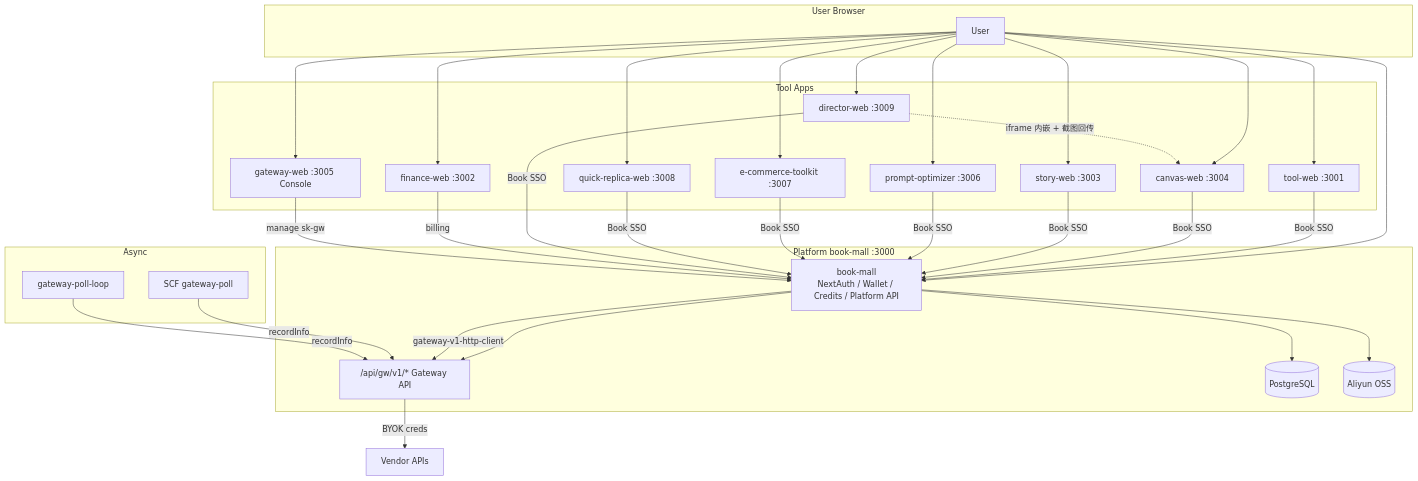
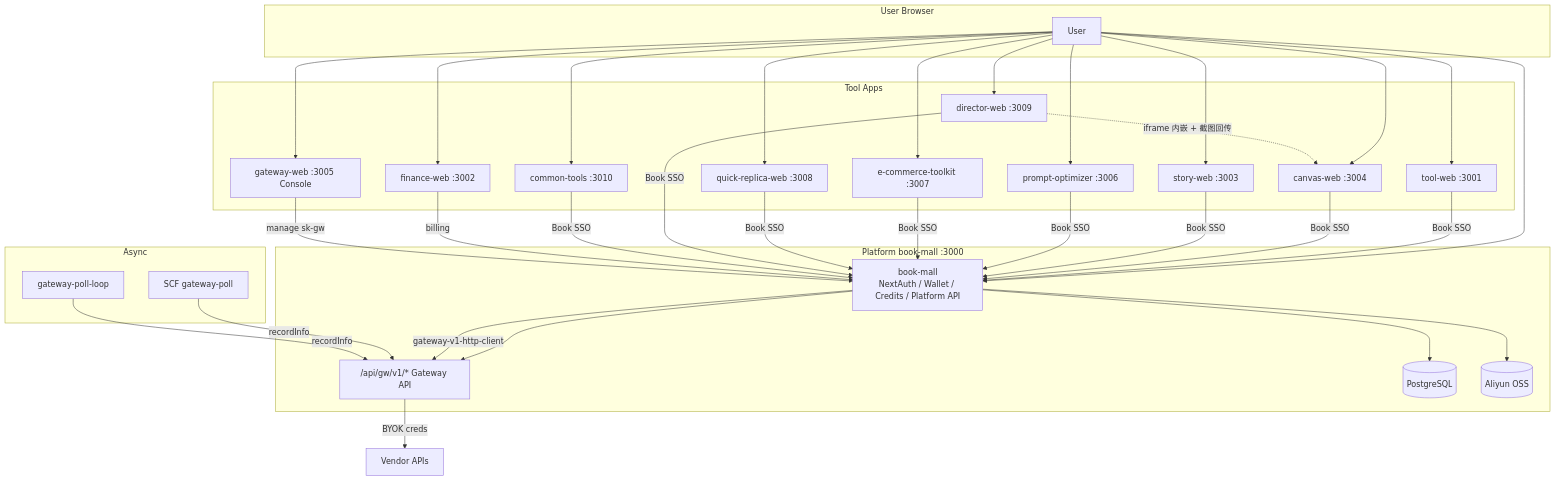
Before and after one commit to priceLiu/book-mall: the first of 2 diagrams in docs/全站架构图与配置表.md, drawn with Mermaid. The commit also changed other lines of this file and 162 other files, not shown here.

````diff
--- a/docs/全站架构图与配置表.md
+++ b/docs/全站架构图与配置表.md
@@ -32,45 +32,46 @@
 ```mermaid
 flowchart TB
   subgraph users ["User Browser"]
     U[User]
   end
 
   subgraph platform ["Platform book-mall :3000"]
     BM["book-mall<br/>NextAuth / Wallet / Credits / Platform API"]
     GWAPI["/api/gw/v1/* Gateway API"]
     DB[(PostgreSQL)]
     OSS[(Aliyun OSS)]
     BM --> GWAPI
     BM --> DB
     BM --> OSS
   end
 
   subgraph tools ["Tool Apps"]
     TW[tool-web :3001]
     FW[finance-web :3002]
     SW[story-web :3003]
     CW[canvas-web :3004]
     GWC[gateway-web :3005 Console]
     PO[prompt-optimizer :3006]
     EC[e-commerce-toolkit :3007]
     QR[quick-replica-web :3008]
     DR[director-web :3009]
+    CT[common-tools :3010]
   end
 
   subgraph bg ["Async"]
     SCF[SCF gateway-poll]
     POLL[gateway-poll-loop]
   end
 
   VEND[Vendor APIs]
 
   U --> BM
-  U --> TW & FW & SW & CW & GWC & PO & EC & QR & DR
-  TW & CW & SW & PO & EC & QR & DR -->|Book SSO| BM
+  U --> TW & FW & SW & CW & GWC & PO & EC & QR & DR & CT
+  TW & CW & SW & PO & EC & QR & DR & CT -->|Book SSO| BM
   DR -.->|iframe 内嵌 + 截图回传| CW
   BM -->|gateway-v1-http-client| GWAPI
   GWAPI -->|BYOK creds| VEND
   FW -->|billing| BM
   GWC -->|manage sk-gw| BM
   SCF & POLL -->|recordInfo| GWAPI
 ```
````
